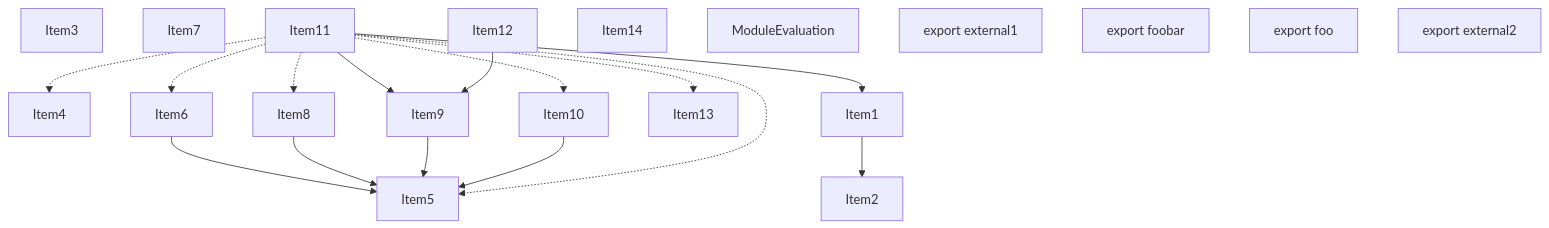
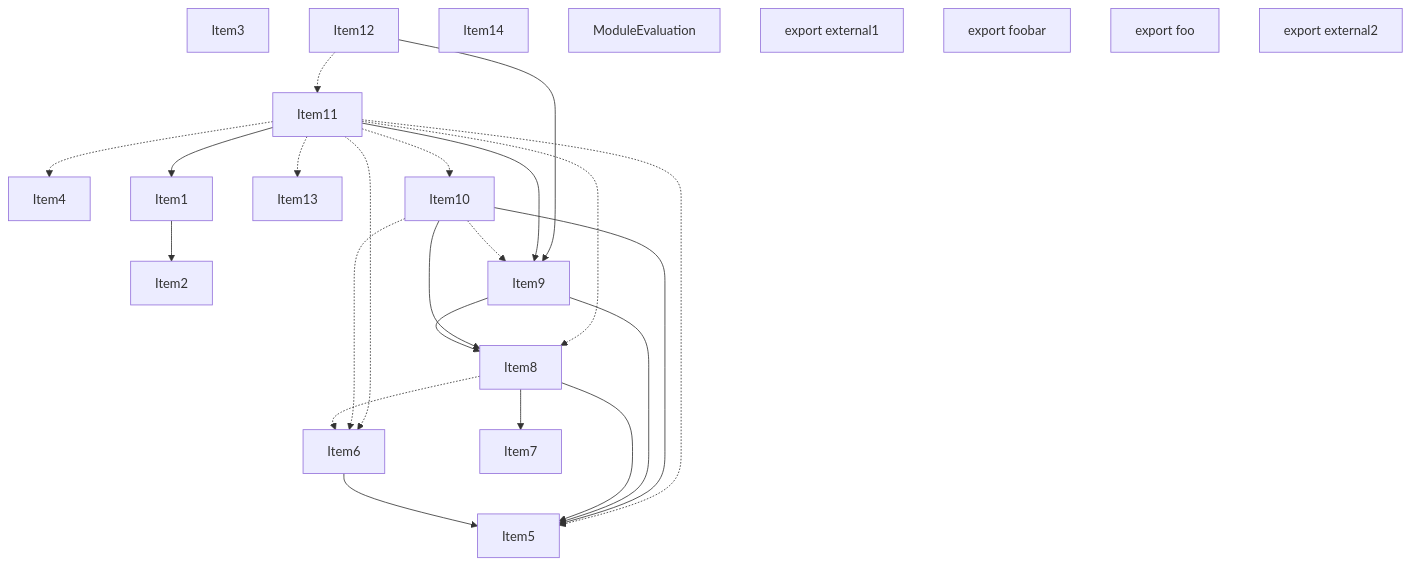
Before and after one commit to vercel/turborepo: the second of 4 diagrams in crates/turbopack-ecmascript/tests/tree-shaker/analyzer/2/output.md, drawn with Mermaid. The commit also changed other lines of this file and 2 other files, not shown here.

````diff
--- a/crates/turbopack-ecmascript/tests/tree-shaker/analyzer/2/output.md
+++ b/crates/turbopack-ecmascript/tests/tree-shaker/analyzer/2/output.md
@@ -172,41 +175,48 @@
 ```mermaid
 graph TD
     Item3;
     Item2;
     Item4;
     Item5;
     Item6;
     Item7;
     Item8;
     Item9;
     Item10;
     Item11;
     Item12;
     Item13;
     Item14;
     Item1;
     Item15;
     Item15["ModuleEvaluation"];
     Item16;
     Item16["export external1"];
     Item17;
     Item17["export foobar"];
     Item18;
     Item18["export foo"];
     Item19;
     Item19["export external2"];
     Item1 --> Item2;
     Item6 --> Item5;
+    Item8 --> Item7;
     Item8 --> Item5;
+    Item8 -.-> Item6;
     Item9 --> Item5;
+    Item9 --> Item8;
     Item10 --> Item5;
+    Item10 --> Item8;
+    Item10 -.-> Item6;
+    Item10 -.-> Item9;
     Item11 --> Item9;
     Item11 --> Item1;
     Item11 -.-> Item13;
     Item11 -.-> Item5;
-    Item11 -.-> Item6;
     Item11 -.-> Item8;
     Item11 -.-> Item10;
+    Item11 -.-> Item6;
     Item11 -.-> Item4;
     Item12 --> Item9;
+    Item12 -.-> Item11;
 ```
````
